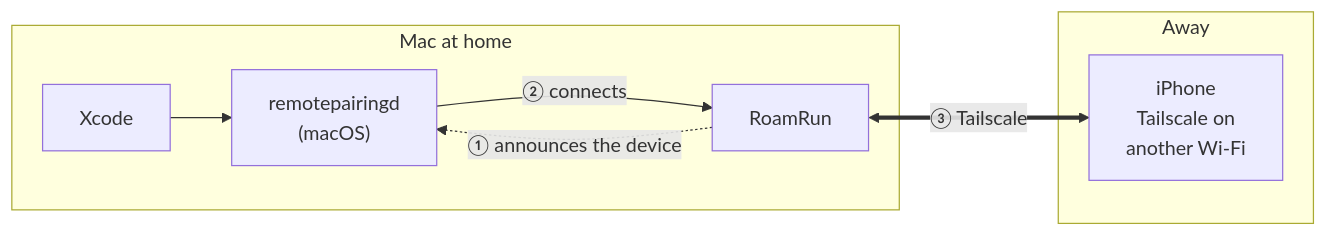
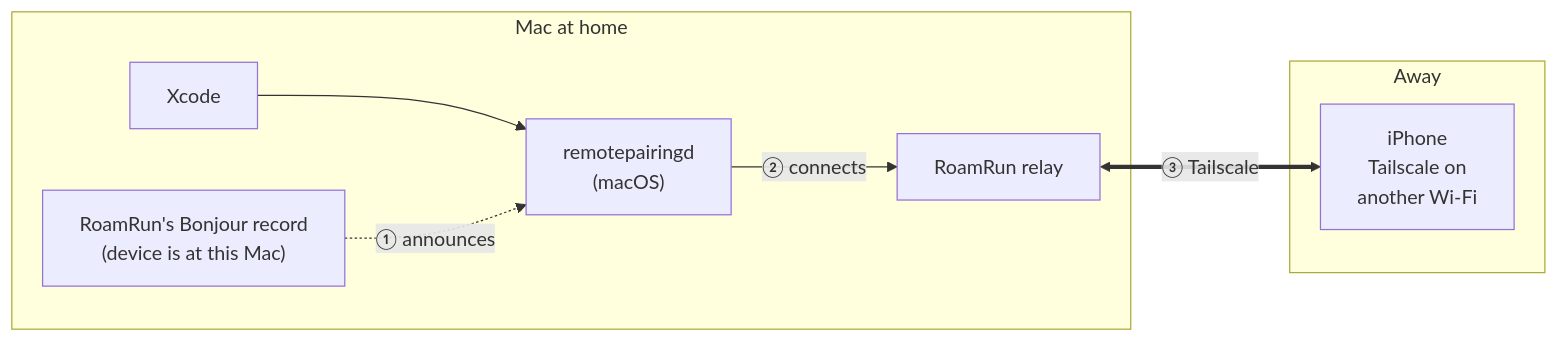
One commit to mh-mobile/RoamRun changed the diagram in README.md. Above: the diagram before and after it, drawn with Mermaid. The commit also changed 1 other file, not shown here.

Commit message:
README: the first diagram without two arrows between the same boxes
On GitHub they overlapped: the ① was cut off and its direction couldn't be seen. It now has the
shape of the diagram in How it works.

````diff
--- a/README.md
+++ b/README.md
@@ -27,12 +27,12 @@
 ```mermaid
 flowchart LR
   subgraph mac["Mac at home"]
     xcode["Xcode"] --> service["remotepairingd<br/>(macOS)"]
-    relay["RoamRun"] -. "① announces the device" .-> service
-    service -- "② connects" --> relay
+    record["RoamRun's Bonjour record<br/>(device is at this Mac)"] -. "① announces" .-> service
+    service -- "② connects" --> relay["RoamRun relay"]
   end
   subgraph away["Away"]
     device["iPhone<br/>Tailscale on<br/>another Wi-Fi"]
   end
   relay <== "③ Tailscale" ==> device
 ```
````
